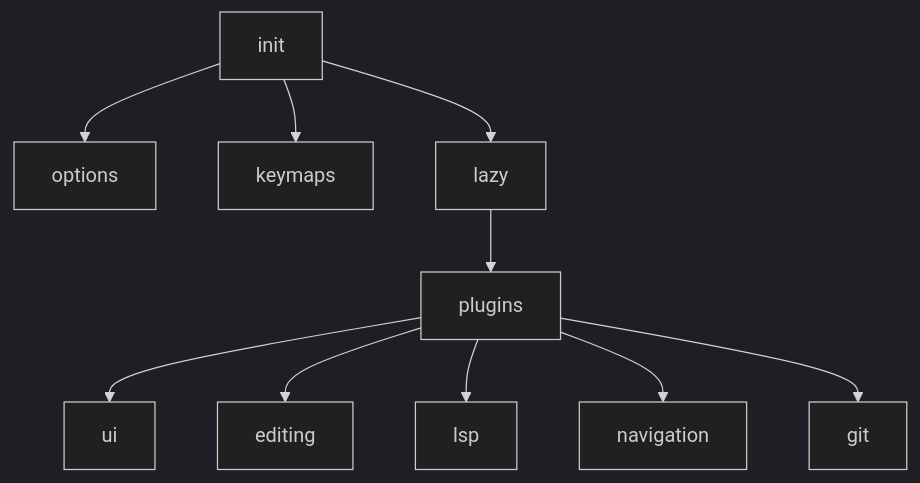
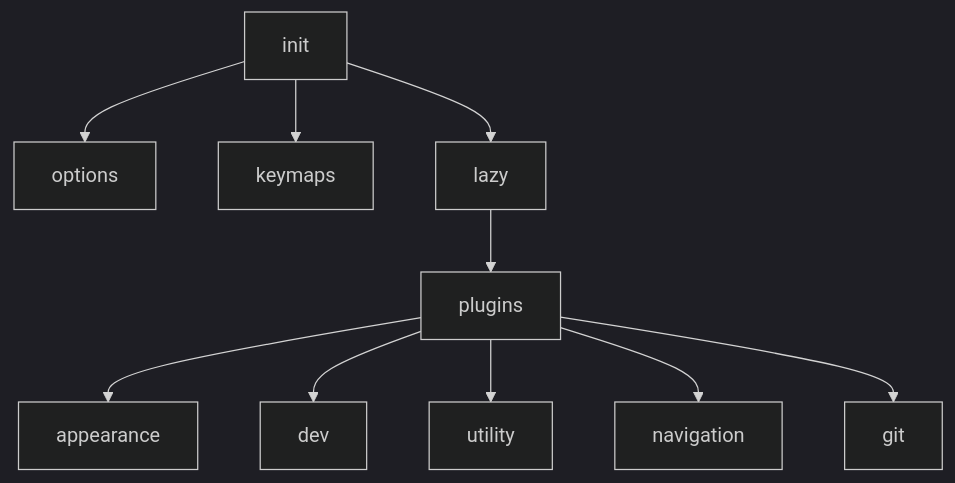
The diagram in PROJECT_GUIDE.md (chenggouA/neovim-config), drawn with Mermaid (dark theme) before and after one commit. The commit also changed other lines of this file and 25 other files, not shown here.

````diff
--- a/PROJECT_GUIDE.md
+++ b/PROJECT_GUIDE.md
@@ -43,12 +48,12 @@
 ```mermaid
 graph TD
   init --> options
   init --> keymaps
   init --> lazy
   lazy --> plugins
-  plugins --> ui
-  plugins --> editing
-  plugins --> lsp
+  plugins --> appearance
+  plugins --> dev
+  plugins --> utility
   plugins --> navigation
   plugins --> git
 ```
````
